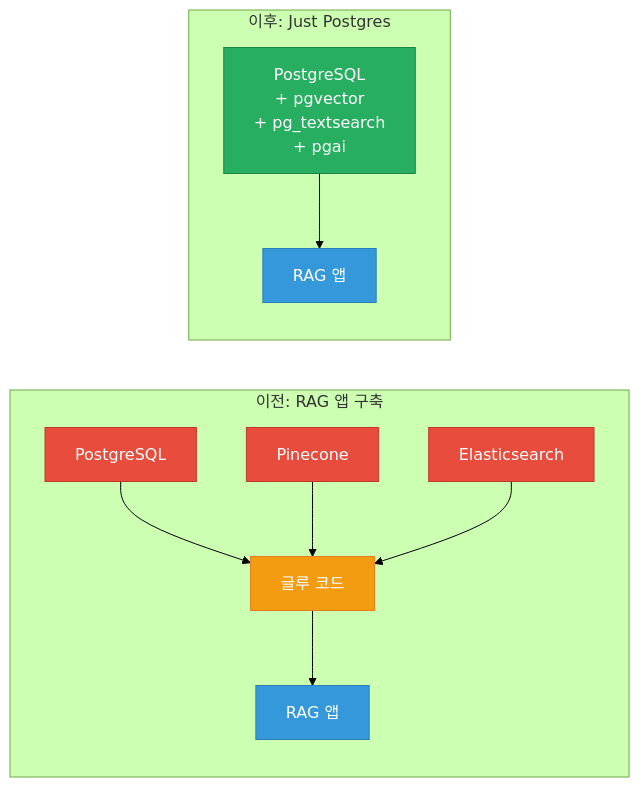
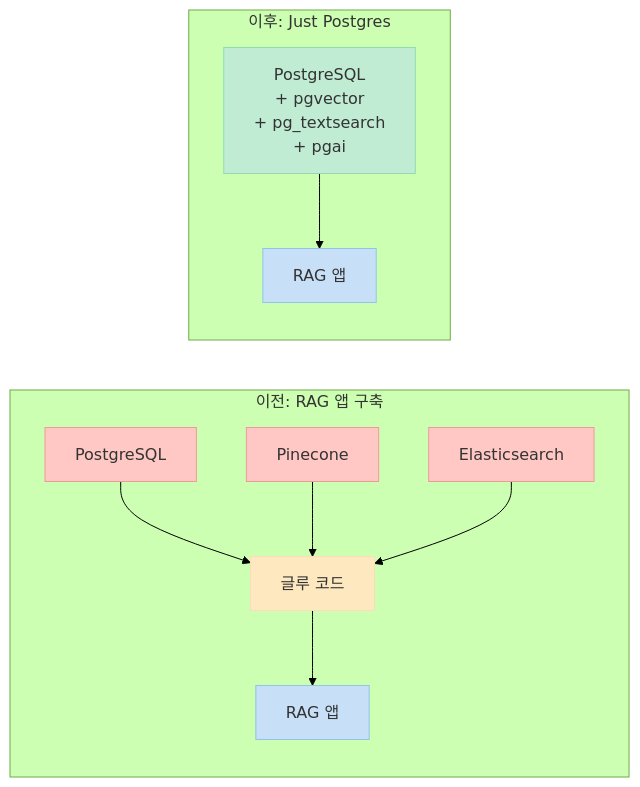
One commit to gyuha/blog changed the seventh of 8 diagrams in content/post/2026/2026-03-08-just-use-postgres-2026.md. Above: the diagram before and after it, drawn with Mermaid (forest theme). The commit also changed other lines of this file and 1 other file, not shown here.

````diff
--- a/content/post/2026/2026-03-08-just-use-postgres-2026.md
+++ b/content/post/2026/2026-03-08-just-use-postgres-2026.md
@@ -324,22 +324,22 @@
 ```mermaid
 flowchart LR
     subgraph Before["이전: RAG 앱 구축"]
         P1["PostgreSQL"] --> GL["글루 코드"]
         PC3["Pinecone"] --> GL
         ES3["Elasticsearch"] --> GL
         GL --> APP1["RAG 앱"]
     end
 
     subgraph After["이후: Just Postgres"]
         PG2["PostgreSQL<br>+ pgvector<br>+ pg_textsearch<br>+ pgai"] --> APP2["RAG 앱"]
     end
 
-    classDef old fill:#e74c3c,color:#fff,stroke:#c0392b
-    classDef glue fill:#f39c12,color:#fff,stroke:#e67e22
-    classDef new fill:#27ae60,color:#fff,stroke:#1e8449
-    classDef app fill:#3498db,color:#fff,stroke:#2980b9
+    classDef old fill:#ffc8c4,color:#333,stroke:#ef9a9a
+    classDef glue fill:#fde8c0,color:#333,stroke:#fddcb8
+    classDef new fill:#c0ecd3,color:#333,stroke:#90dbb0
+    classDef app fill:#c8dff8,color:#333,stroke:#90c4e8
     class P1,PC3,ES3 old
     class GL glue
     class PG2 new
     class APP1,APP2 app
 ```
````
